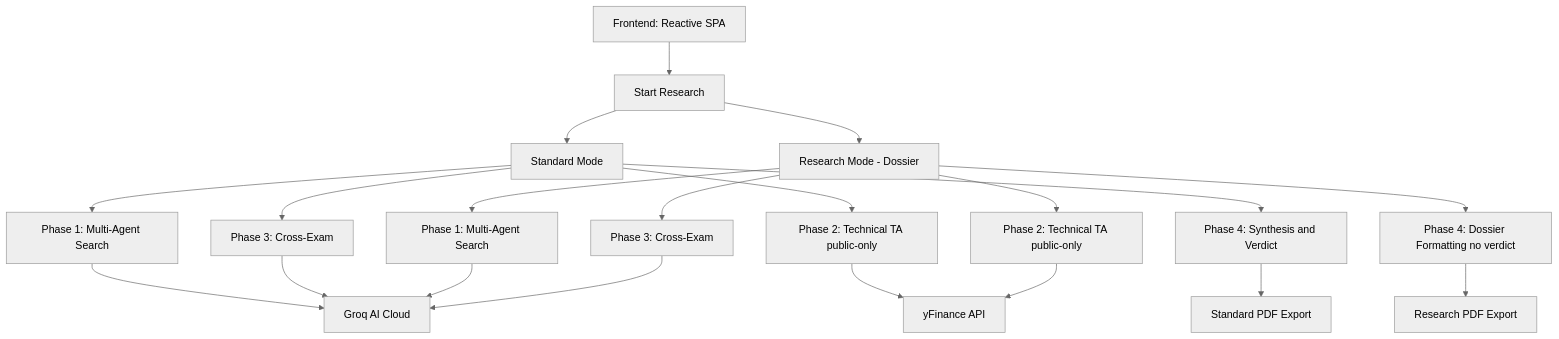
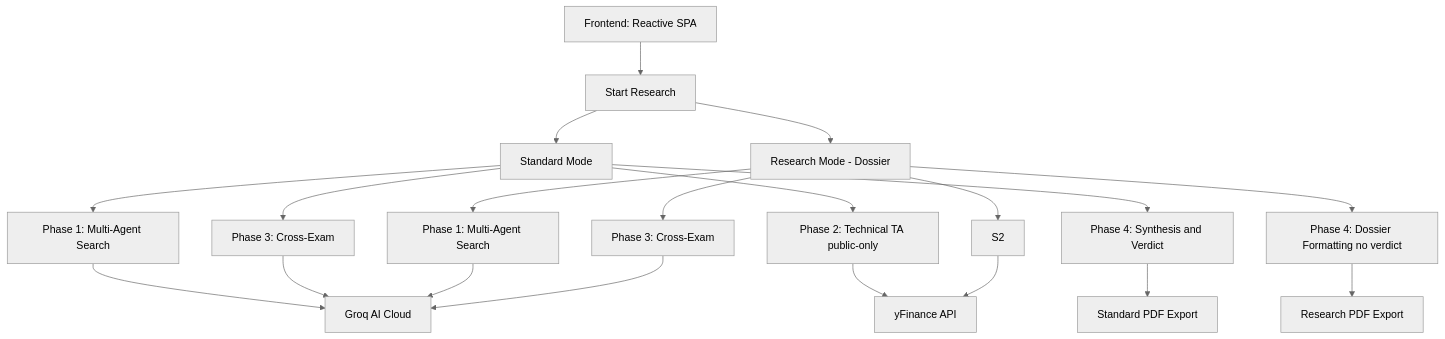
Before and after one commit to aaravg772/AlphaSwarm: the diagram in README.md, drawn with Mermaid (neutral theme).

Commit message:
Update Phase 2 reference in README

````diff
--- a/README.md
+++ b/README.md
@@ -45,24 +45,24 @@
 ```mermaid
 graph TD
     UI["Frontend: Reactive SPA"] --> SR["Start Research"]
     SR --> SM["Standard Mode"]
     SR --> RM["Research Mode - Dossier"]
 
     SM --> S1["Phase 1: Multi-Agent Search"]
     S1 --> GROQ["Groq AI Cloud"]
     SM --> S2["Phase 2: Technical TA public-only"]
     S2 --> YF["yFinance API"]
     SM --> S3["Phase 3: Cross-Exam"]
     S3 --> GROQ["Groq AI Cloud"]
     SM --> S4["Phase 4: Synthesis and Verdict"]
     S4 --> SPDF["Standard PDF Export"]
 
     RM --> R1["Phase 1: Multi-Agent Search"]
     R1 --> GROQ
-    RM --> R2["Phase 2: Technical TA public-only"]
+    RM --> R2[S2]
     R2 --> YF
     RM --> R3["Phase 3: Cross-Exam"]
     R3 --> GROQ["Groq AI Cloud"]
     RM --> R4["Phase 4: Dossier Formatting no verdict"]
     R4 --> RPDF["Research PDF Export"]
 ```
````
